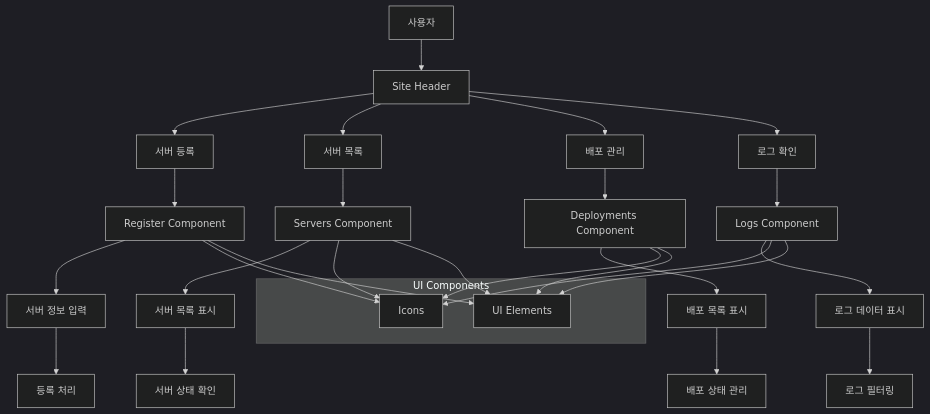
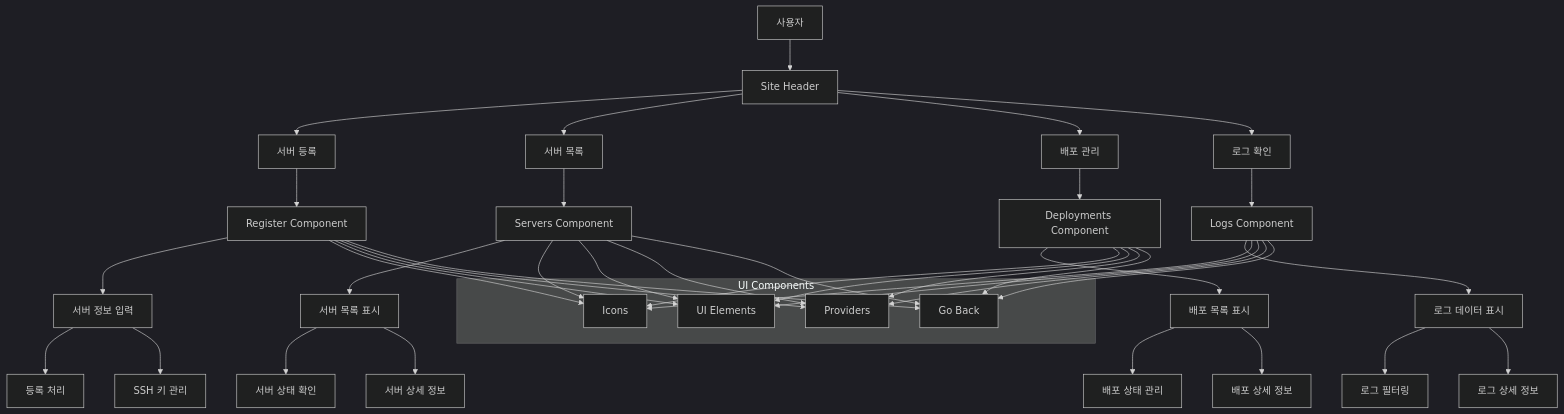
Before and after one commit to JHSeo-git/mcp-registry: the diagram in docs/component-diagram.md, drawn with Mermaid (dark theme). The commit also changed other lines of this file and 34 other files, not shown here.

````diff
--- a/docs/component-diagram.md
+++ b/docs/component-diagram.md
@@ -1,39 +1,53 @@
 ```mermaid
 graph TD
     A[사용자] --> B[Site Header]
     B --> C[서버 등록]
     B --> D[서버 목록]
     B --> E[배포 관리]
     B --> F[로그 확인]
 
     C --> G[Register Component]
     D --> H[Servers Component]
     E --> I[Deployments Component]
     F --> J[Logs Component]
 
     G --> K[서버 정보 입력]
     K --> L[등록 처리]
+    K --> M[SSH 키 관리]
 
-    H --> M[서버 목록 표시]
-    M --> N[서버 상태 확인]
+    H --> N[서버 목록 표시]
+    N --> O[서버 상태 확인]
+    N --> P[서버 상세 정보]
 
-    I --> O[배포 목록 표시]
-    O --> P[배포 상태 관리]
+    I --> Q[배포 목록 표시]
+    Q --> R[배포 상태 관리]
+    Q --> S[배포 상세 정보]
 
-    J --> Q[로그 데이터 표시]
-    Q --> R[로그 필터링]
+    J --> T[로그 데이터 표시]
+    T --> U[로그 필터링]
+    T --> V[로그 상세 정보]
 
     subgraph UI Components
-        S[Icons]
-        T[UI Elements]
+        W[Icons]
+        X[UI Elements]
+        Y[Providers]
+        Z[Go Back]
     end
 
-    G --> S
-    H --> S
-    I --> S
-    J --> S
-    G --> T
-    H --> T
-    I --> T
-    J --> T
+    G --> W
+    H --> W
+    I --> W
+    J --> W
+    G --> X
+    H --> X
+    I --> X
+    J --> X
+    G --> Y
+    H --> Y
+    I --> Y
+    J --> Y
+    G --> Z
+    H --> Z
+    I --> Z
+    J --> Z
 ```
````
